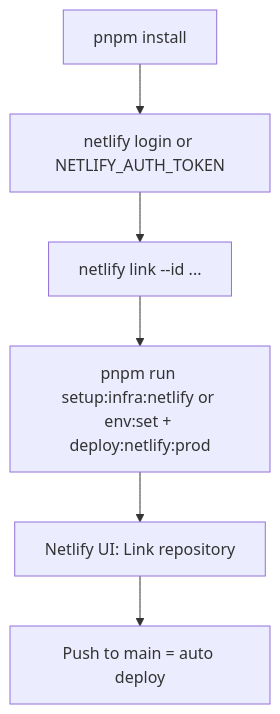
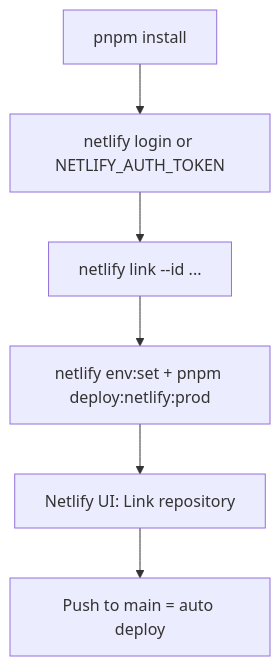
One commit to nikunjmavani/core-fe changed the diagram in docs/deployment/netlify-cli-setup.md. Above: the diagram before and after it, drawn with Mermaid. The commit also changed other lines of this file and 24 other files, not shown here.

First line of the commit message:
chore(setup): remove the local provisioner surface — github:sync reads only .env.<environment> (#172)

````diff
--- a/docs/deployment/netlify-cli-setup.md
+++ b/docs/deployment/netlify-cli-setup.md
@@ -7,8 +7,8 @@
 ```mermaid
 flowchart TB
   S1[pnpm install] --> S2[netlify login or NETLIFY_AUTH_TOKEN]
   S2 --> S3[netlify link --id ...]
-  S3 --> S4[pnpm run setup:infra:netlify or env:set + deploy:netlify:prod]
+  S3 --> S4[netlify env:set + pnpm deploy:netlify:prod]
   S4 --> S5[Netlify UI: Link repository]
   S5 --> S6["Push to main = auto deploy"]
 ```
````
